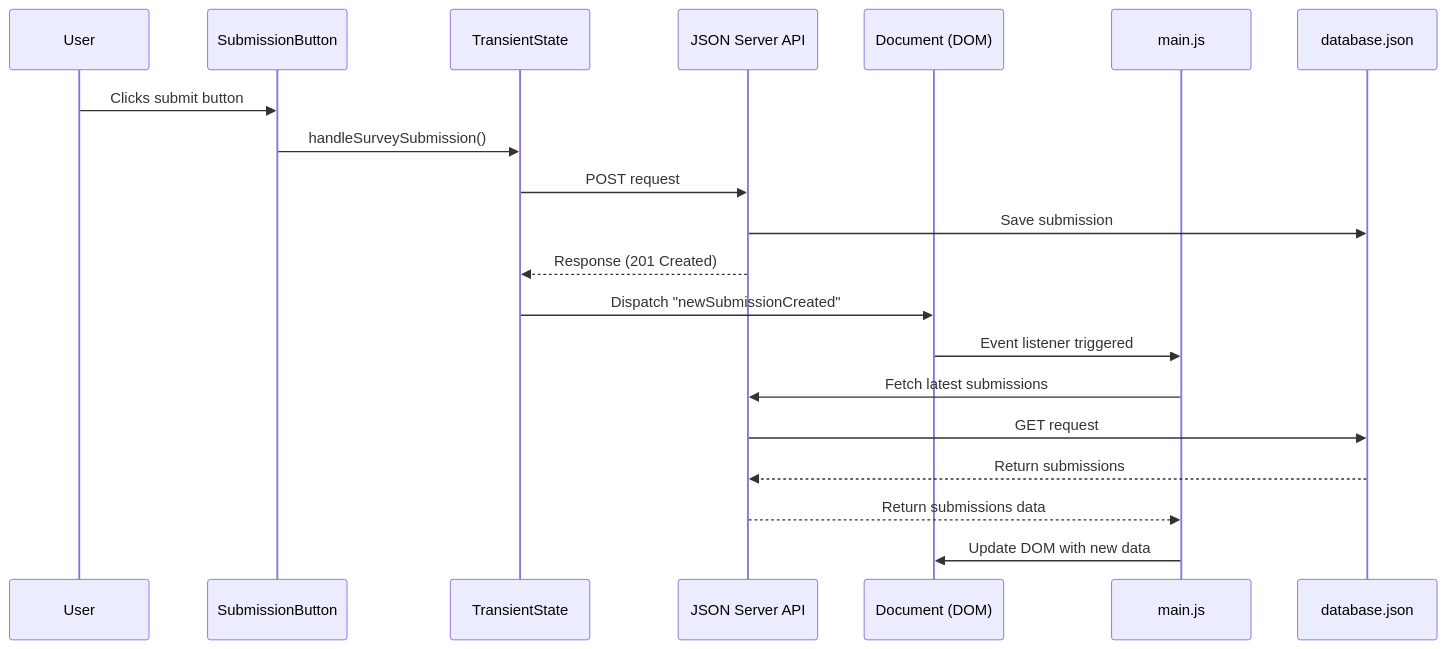
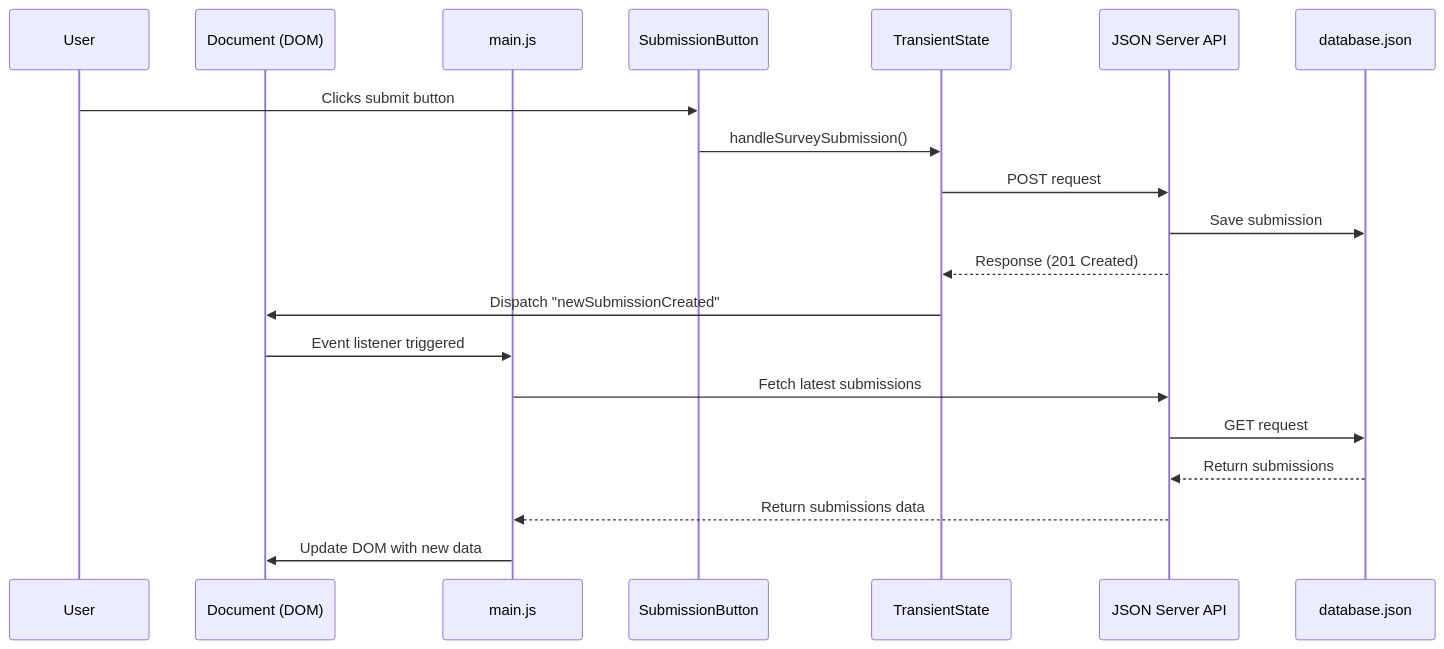
The diagram in book-5-kneel-diamonds/chapters/IJ_CUSTOM_EVENT.md (nashville-software-school/client-side-mastery), drawn with Mermaid before and after one commit. The commit also changed other lines of this file, not shown here.

````diff
--- a/book-5-kneel-diamonds/chapters/IJ_CUSTOM_EVENT.md
+++ b/book-5-kneel-diamonds/chapters/IJ_CUSTOM_EVENT.md
@@ -95,23 +95,23 @@
 ```mermaid
 sequenceDiagram
     participant User
+    participant Document as Document (DOM)
+    participant Main as main.js
     participant Button as SubmissionButton
     participant TransientState
     participant API as JSON Server API
-    participant Document as Document (DOM)
-    participant Main as main.js
     participant DB as database.json
     
     User->>Button: Clicks submit button
     Button->>TransientState: handleSurveySubmission()
     TransientState->>API: POST request
     API->>DB: Save submission
     API-->>TransientState: Response (201 Created)
     TransientState->>Document: Dispatch "newSubmissionCreated"
     Document->>Main: Event listener triggered
     Main->>API: Fetch latest submissions
     API->>DB: GET request
     DB-->>API: Return submissions
     API-->>Main: Return submissions data
     Main->>Document: Update DOM with new data
 ```
````
